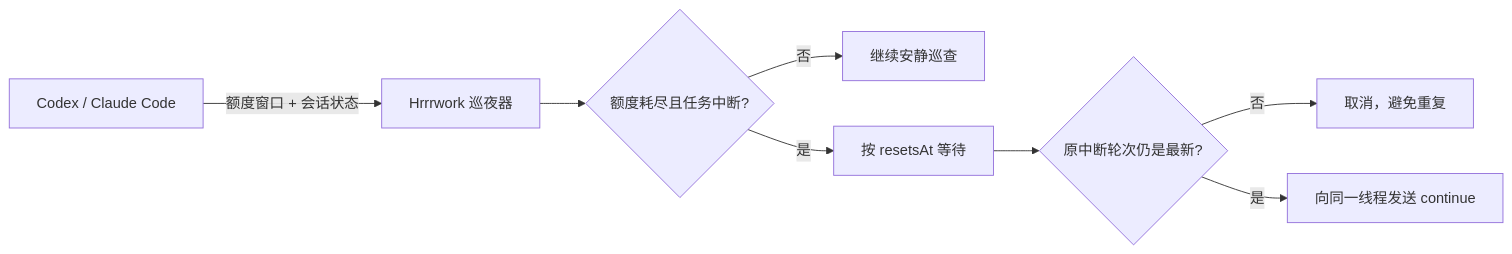
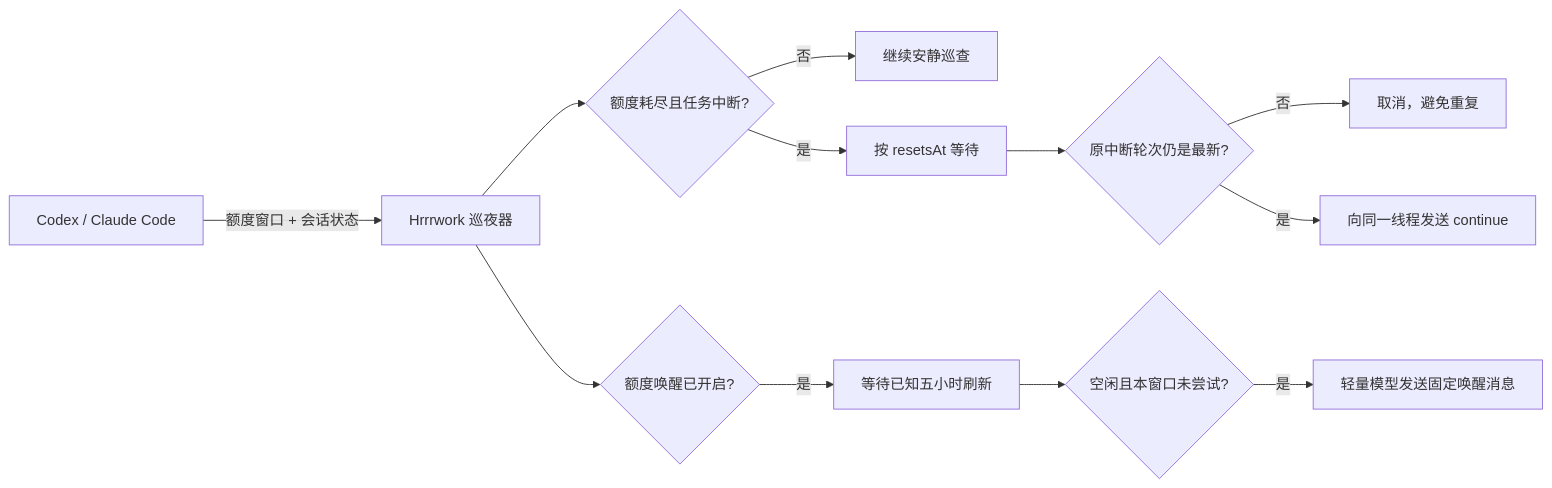
Before and after one commit to ChoneyChen/Hrrrwork: the diagram in README.md, drawn with Mermaid. The commit also changed other lines of this file and 25 other files, not shown here.

````diff
--- a/README.md
+++ b/README.md
@@ -93,10 +122,14 @@
 ```mermaid
 flowchart LR
     A[Codex / Claude Code] -->|额度窗口 + 会话状态| B[Hrrrwork 巡夜器]
     B --> C{额度耗尽且任务中断?}
     C -->|否| D[继续安静巡查]
     C -->|是| E[按 resetsAt 等待]
     E --> F{原中断轮次仍是最新?}
     F -->|否| G[取消，避免重复]
     F -->|是| H[向同一线程发送 continue]
+    B --> I{额度唤醒已开启?}
+    I -->|是| J[等待已知五小时刷新]
+    J --> K{空闲且本窗口未尝试?}
+    K -->|是| L[轻量模型发送固定唤醒消息]
 ```
````
